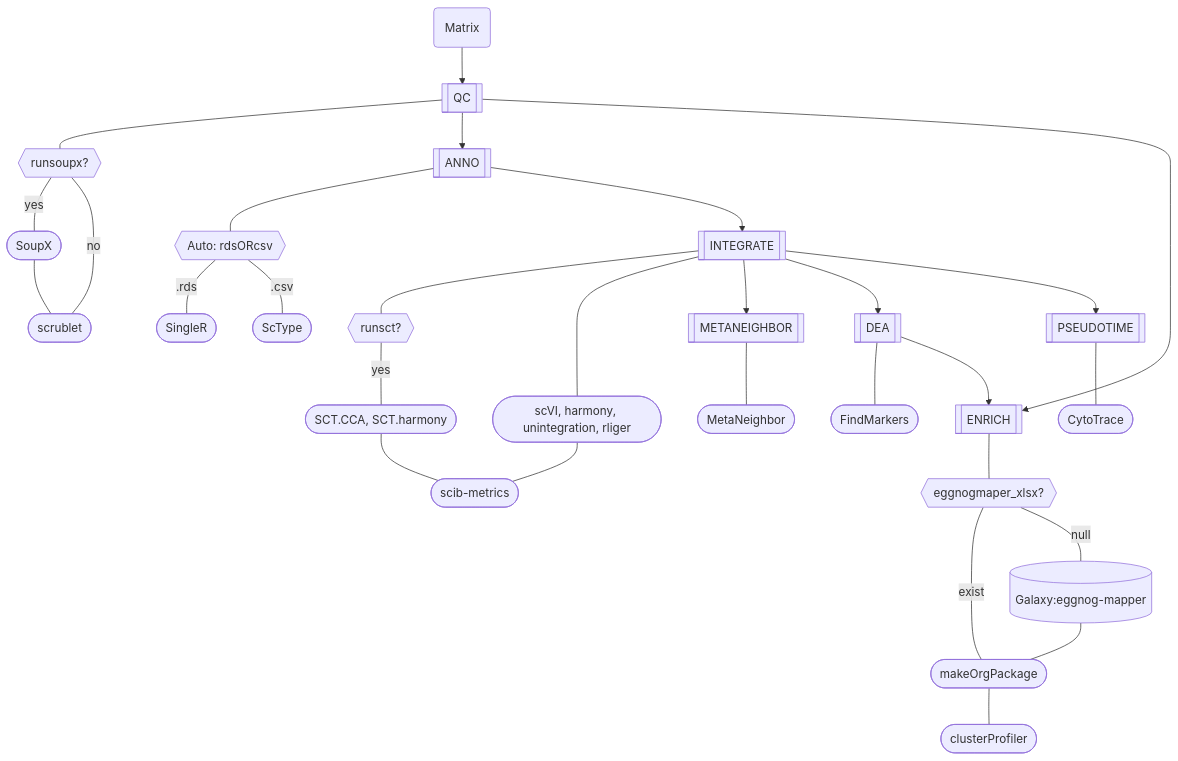
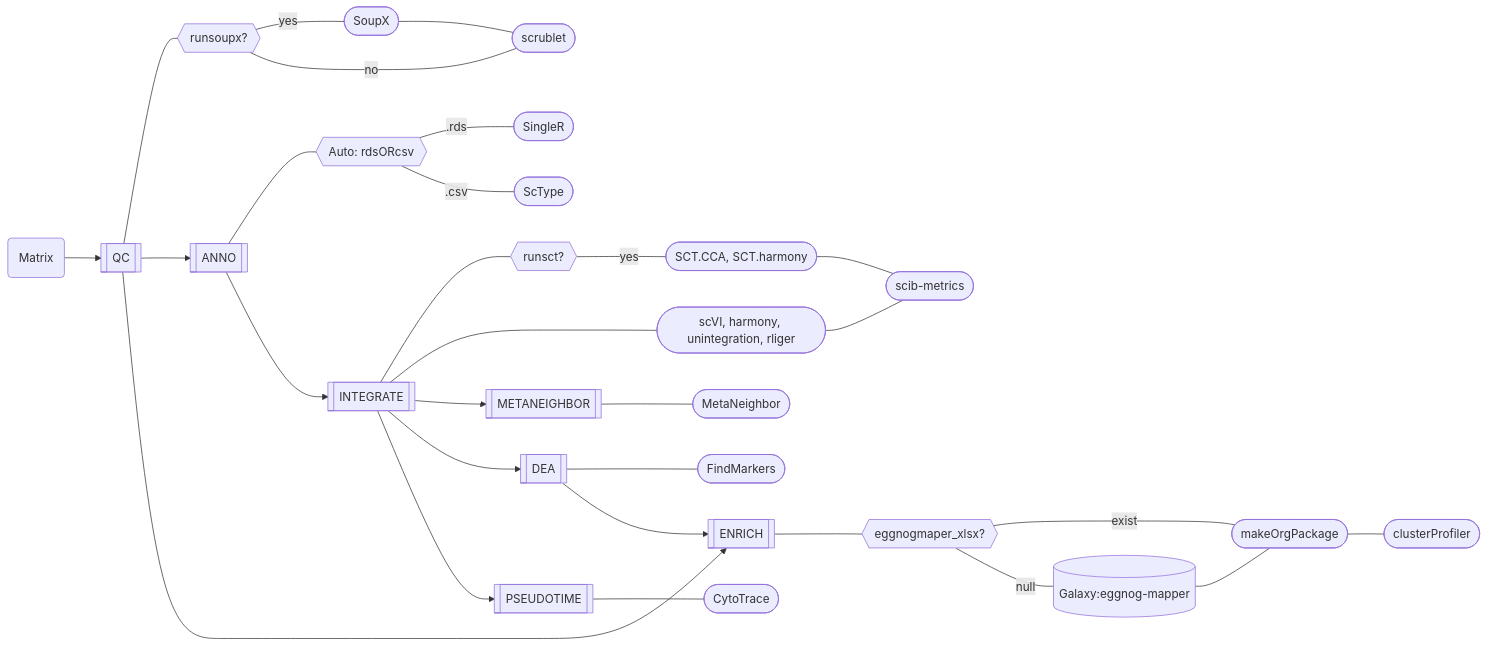
Before and after one commit to ydgenomics/scLine: the first of 4 diagrams in README.md, drawn with Mermaid. The commit also changed other lines of this file, not shown here.

````diff
--- a/README.md
+++ b/README.md
@@ -79,21 +79,21 @@
 ```mermaid
-flowchart TB
+flowchart LR
 0(Matrix) --> 1[[QC]]
 1 --- 1.1{{runsoupx?}}
 1.1 ---|yes| 1.2([SoupX]) --- 1.3([scrublet])
 1.1 ---|no| 1.3
 1 --> 2[[ANNO]]
 1 --> 6[[ENRICH]] --- 6.0{{eggnogmaper_xlsx?}}---|exist| 6.1([makeOrgPackage]) --- 6.2([clusterProfiler])
 6.0 ---|null| 6.3[(Galaxy:eggnog-mapper)] --- 6.1
 2 --- 2.1{{Auto: rdsORcsv}}
 2.1 ---|.rds| 2.2([SingleR])
 2.1 ---|.csv| 2.3([ScType])
 2 --> 3[[INTEGRATE]]
 3 --- 3.1{{runsct?}}
 3 --- 3.0([scVI, harmony, unintegration, rliger]) --- 3.3([scib-metrics])
 3.1 ---|yes| 3.2([SCT.CCA, SCT.harmony]) --- 3.3
 3 --> 4[[METANEIGHBOR]] --- 4.1([MetaNeighbor])
 3 --> 5[[DEA]] --- 5.1([FindMarkers])
 5 --> 6
 3 --> 7[[PSEUDOTIME]] --- 7.1([CytoTrace])
 ```
````
